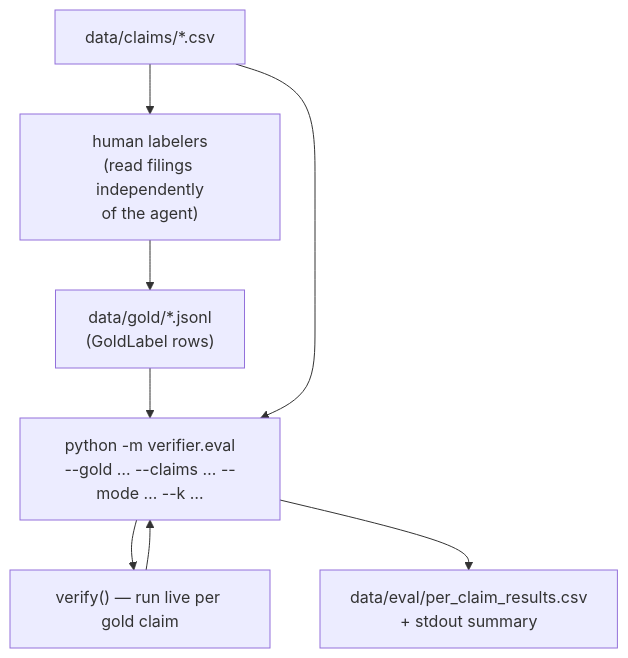
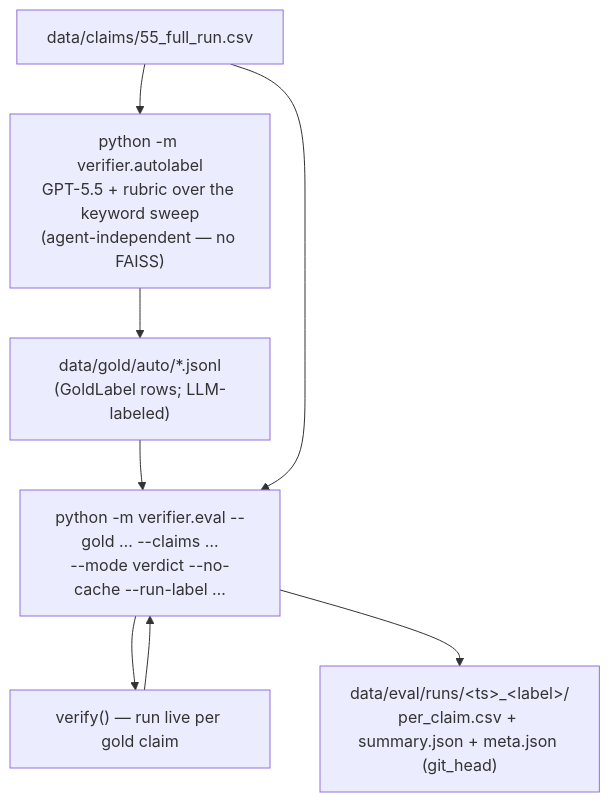
One commit to thomashillenbrand/finm-33200-group7 changed the eighth of 8 diagrams in docs/architecture.md. Above: the diagram before and after it, drawn with Mermaid. The commit also changed other lines of this file and 4 other files, not shown here.

````diff
--- a/docs/architecture.md
+++ b/docs/architecture.md
@@ -504,17 +515,17 @@
 ```mermaid
 flowchart TD
-    claims["data/claims/*.csv"]
-    human["human labelers<br/>(read filings independently<br/>of the agent)"]
-    gold["data/gold/*.jsonl<br/>(GoldLabel rows)"]
-    evalcli["python -m verifier.eval<br/>--gold … --claims … --mode … --k …"]
+    claims["data/claims/55_full_run.csv"]
+    autolabel["python -m verifier.autolabel<br/>GPT-5.5 + rubric over the keyword sweep<br/>(agent-independent — no FAISS)"]
+    gold["data/gold/auto/*.jsonl<br/>(GoldLabel rows; LLM-labeled)"]
+    evalcli["python -m verifier.eval --gold … --claims …<br/>--mode verdict --no-cache --run-label …"]
     verify["verify() — run live per gold claim"]
-    out["data/eval/per_claim_results.csv<br/>+ stdout summary"]
+    runrec["data/eval/runs/&lt;ts&gt;_&lt;label&gt;/<br/>per_claim.csv + summary.json + meta.json (git_head)"]
 
-    claims --> human
-    human --> gold
+    claims --> autolabel
+    autolabel --> gold
     gold --> evalcli
     claims --> evalcli
     evalcli --> verify
     verify --> evalcli
-    evalcli --> out
+    evalcli --> runrec
 ```
````
